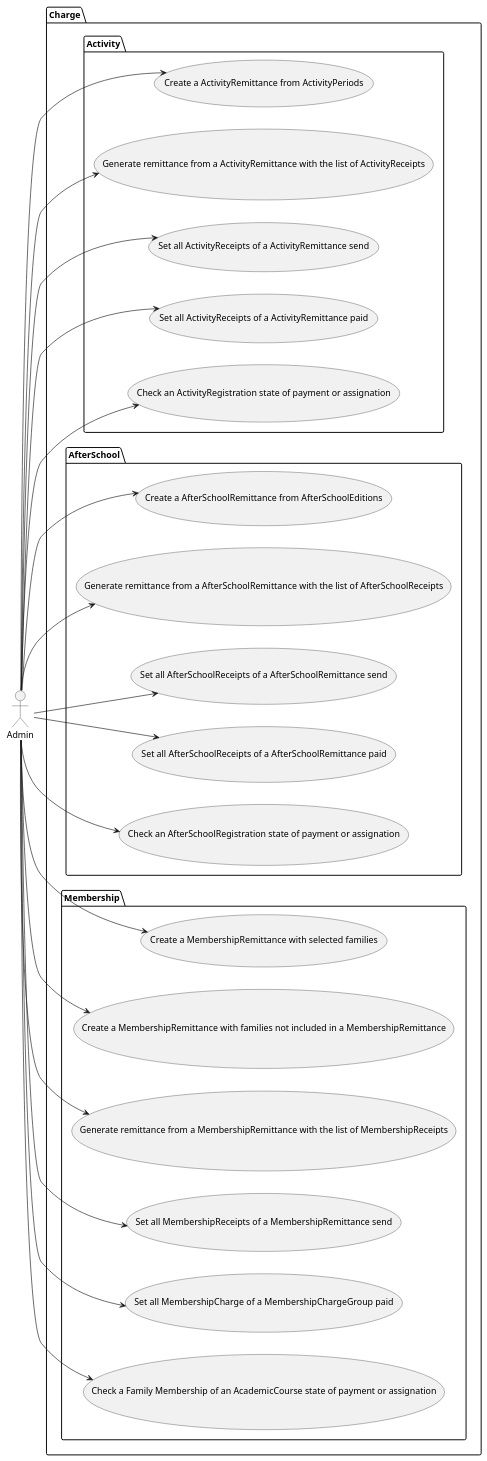
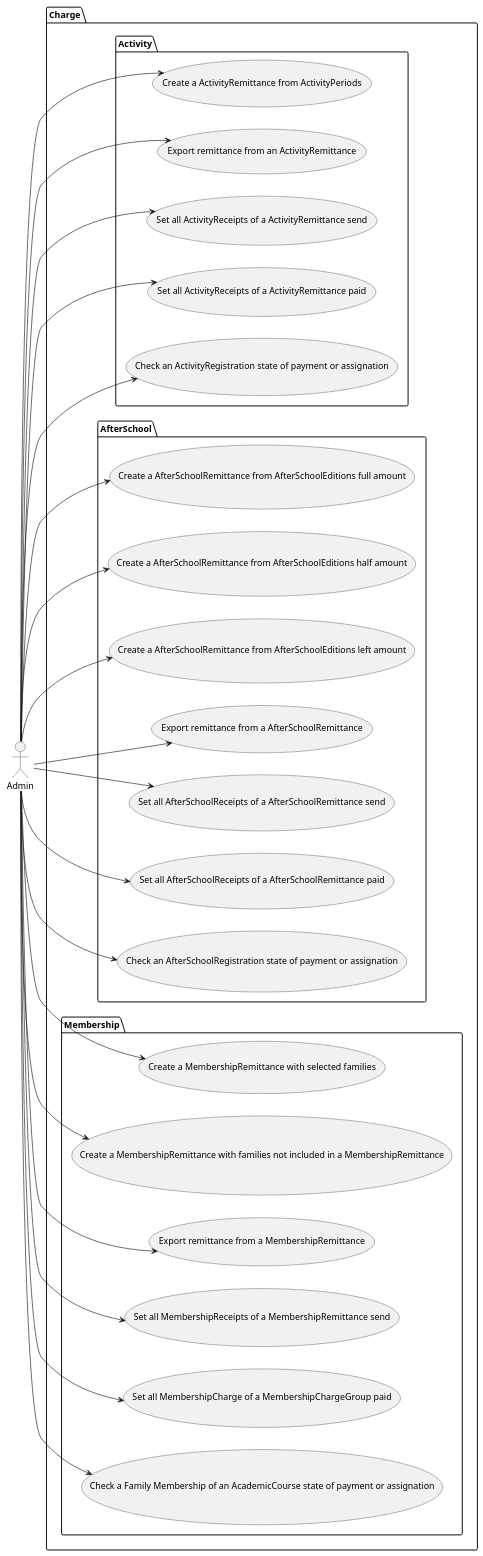
One commit to IgnacioMaestro/ampa-manager changed the diagram in doc/UseCasesDiagram/Charge/Charge.puml. Above: the diagram before and after it, drawn with PlantUML.

Commit message:
feat: improve doc

```diff
--- a/doc/UseCasesDiagram/Charge/Charge.puml
+++ b/doc/UseCasesDiagram/Charge/Charge.puml
@@ -1,28 +1,30 @@
 @startuml
 left to right direction
 actor Admin
 package Charge {
     package Activity{
       Admin --> (Create a ActivityRemittance from ActivityPeriods)
-      Admin --> (Generate remittance from a ActivityRemittance with the list of ActivityReceipts)
+      Admin --> (Export remittance from an ActivityRemittance)
       Admin --> (Set all ActivityReceipts of a ActivityRemittance send)
       Admin --> (Set all ActivityReceipts of a ActivityRemittance paid)
       Admin --> (Check an ActivityRegistration state of payment or assignation)
     }
     package AfterSchool{
-      Admin --> (Create a AfterSchoolRemittance from AfterSchoolEditions)
-      Admin --> (Generate remittance from a AfterSchoolRemittance with the list of AfterSchoolReceipts)
+      Admin --> (Create a AfterSchoolRemittance from AfterSchoolEditions full amount)
+      Admin --> (Create a AfterSchoolRemittance from AfterSchoolEditions half amount)
+      Admin --> (Create a AfterSchoolRemittance from AfterSchoolEditions left amount)
+      Admin --> (Export remittance from a AfterSchoolRemittance)
       Admin --> (Set all AfterSchoolReceipts of a AfterSchoolRemittance send)
       Admin --> (Set all AfterSchoolReceipts of a AfterSchoolRemittance paid)
       Admin --> (Check an AfterSchoolRegistration state of payment or assignation)
     }
     package Membership{
       Admin --> (Create a MembershipRemittance with selected families)
       Admin --> (Create a MembershipRemittance with families not included in a MembershipRemittance)
-      Admin --> (Generate remittance from a MembershipRemittance with the list of MembershipReceipts)
+      Admin --> (Export remittance from a MembershipRemittance)
       Admin --> (Set all MembershipReceipts of a MembershipRemittance send)
       Admin --> (Set all MembershipCharge of a MembershipChargeGroup paid)
       Admin --> (Check a Family Membership of an AcademicCourse state of payment or assignation)
     }
 }
 @enduml
```
